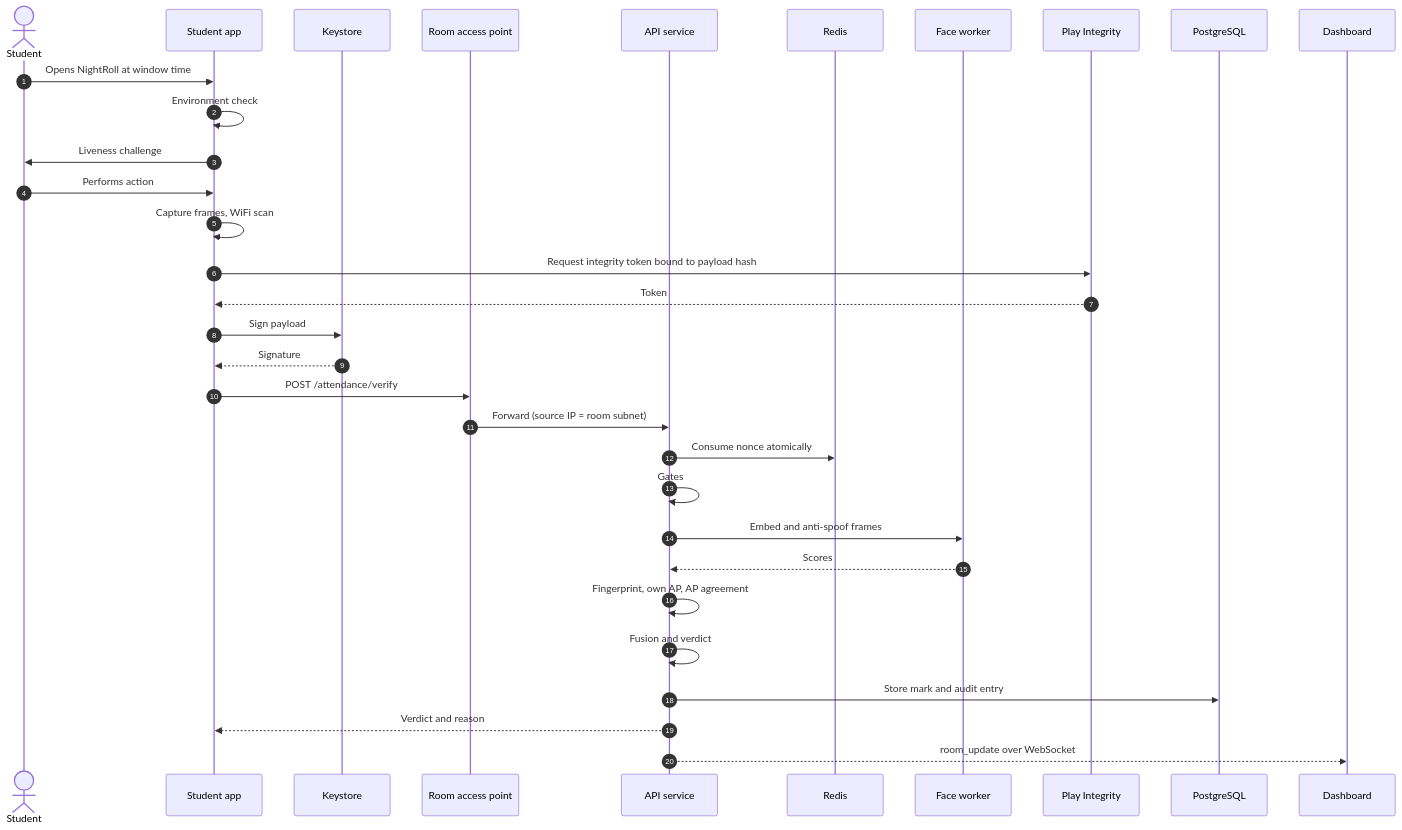
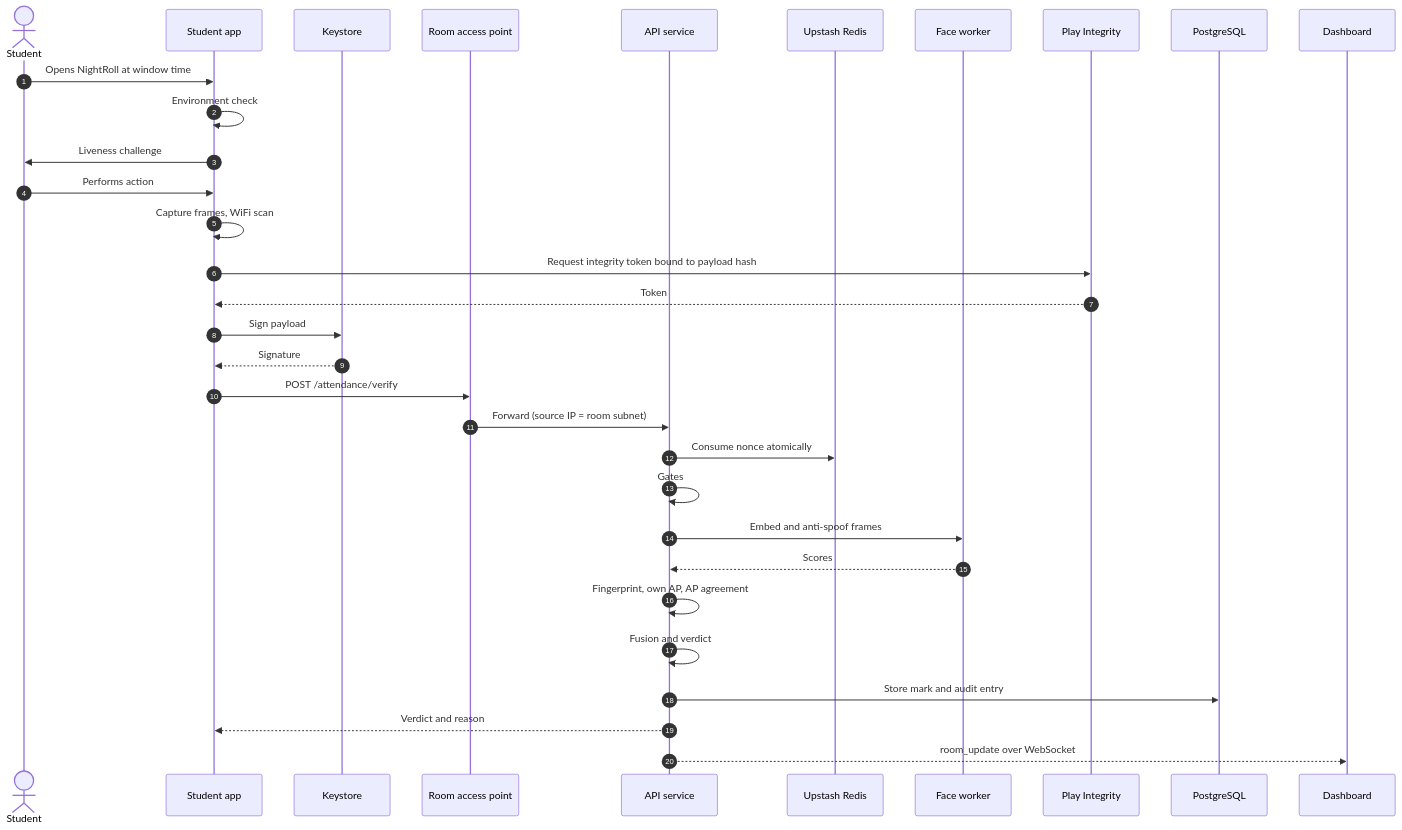
One commit to Rahul-8283/NightRoll changed the sixth of 10 diagrams in docs/architecture.md. Above: the diagram before and after it, drawn with Mermaid. The commit also changed other lines of this file and 11 other files, not shown here.

Commit message:
chore: switch Redis to hosted Upstash across env, docs and phases

````diff
--- a/docs/architecture.md
+++ b/docs/architecture.md
@@ -256,35 +256,35 @@
 ```mermaid
 sequenceDiagram
     autonumber
     actor Student
     participant App as Student app
     participant Ks as Keystore
     participant AP as Room access point
     participant API as API service
-    participant R as Redis
+    participant R as Upstash Redis
     participant Face as Face worker
     participant PI as Play Integrity
     participant DB as PostgreSQL
     participant Dash as Dashboard
 
     Student->>App: Opens NightRoll at window time
     App->>App: Environment check
     App->>Student: Liveness challenge
     Student->>App: Performs action
     App->>App: Capture frames, WiFi scan
     App->>PI: Request integrity token bound to payload hash
     PI-->>App: Token
     App->>Ks: Sign payload
     Ks-->>App: Signature
     App->>AP: POST /attendance/verify
     AP->>API: Forward (source IP = room subnet)
     API->>R: Consume nonce atomically
     API->>API: Gates
     API->>Face: Embed and anti-spoof frames
     Face-->>API: Scores
     API->>API: Fingerprint, own AP, AP agreement
     API->>API: Fusion and verdict
     API->>DB: Store mark and audit entry
     API-->>App: Verdict and reason
     API-->>Dash: room_update over WebSocket
 ```
````
